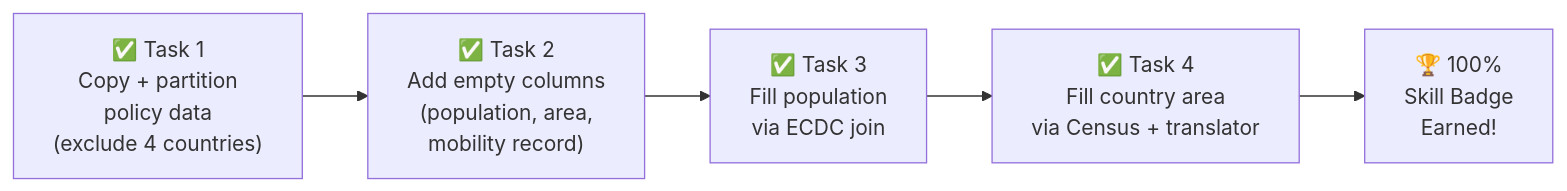
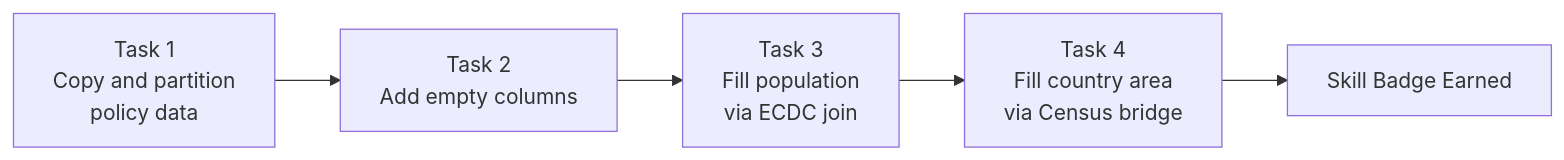
The sixth of 6 diagrams in Week 1 - Build a Data Warehouse with BigQuery/GSP340 - Challenge Lab/README.md (swapnilukeyie/Gclouud-Cloud-Engineer-Cert-), drawn with Mermaid before and after one commit. The commit also changed other lines of this file, not shown here.

Commit message:
Week 1: Build a Data Warehouse with BigQuery (GSP340)

````diff
--- a/Week 1 - Build a Data Warehouse with BigQuery/GSP340 - Challenge Lab/README.md
+++ b/Week 1 - Build a Data Warehouse with BigQuery/GSP340 - Challenge Lab/README.md
@@ -452,10 +442,13 @@
 ```mermaid
 flowchart LR
-    T1["✅ Task 1<br/>Copy + partition<br/>policy data<br/>(exclude 4 countries)"]
-    T2["✅ Task 2<br/>Add empty columns<br/>(population, area,<br/>mobility record)"]
-    T3["✅ Task 3<br/>Fill population<br/>via ECDC join"]
-    T4["✅ Task 4<br/>Fill country area<br/>via Census + translator"]
-    DONE["🏆 100%<br/>Skill Badge<br/>Earned!"]
+    T1["Task 1<br/>Copy and partition<br/>policy data"]
+    T2["Task 2<br/>Add empty columns"]
+    T3["Task 3<br/>Fill population<br/>via ECDC join"]
+    T4["Task 4<br/>Fill country area<br/>via Census bridge"]
+    DONE["Skill Badge Earned"]
 
-    T1 --> T2 --> T3 --> T4 --> DONE
+    T1 --> T2
+    T2 --> T3
+    T3 --> T4
+    T4 --> DONE
 ```
````
